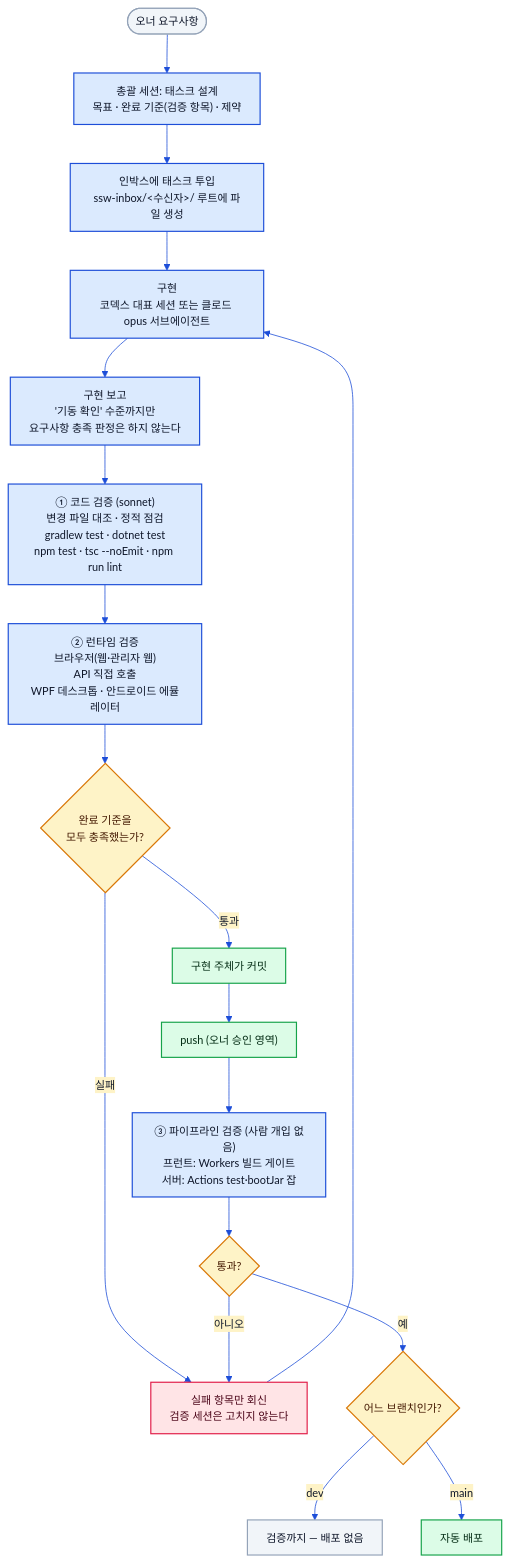
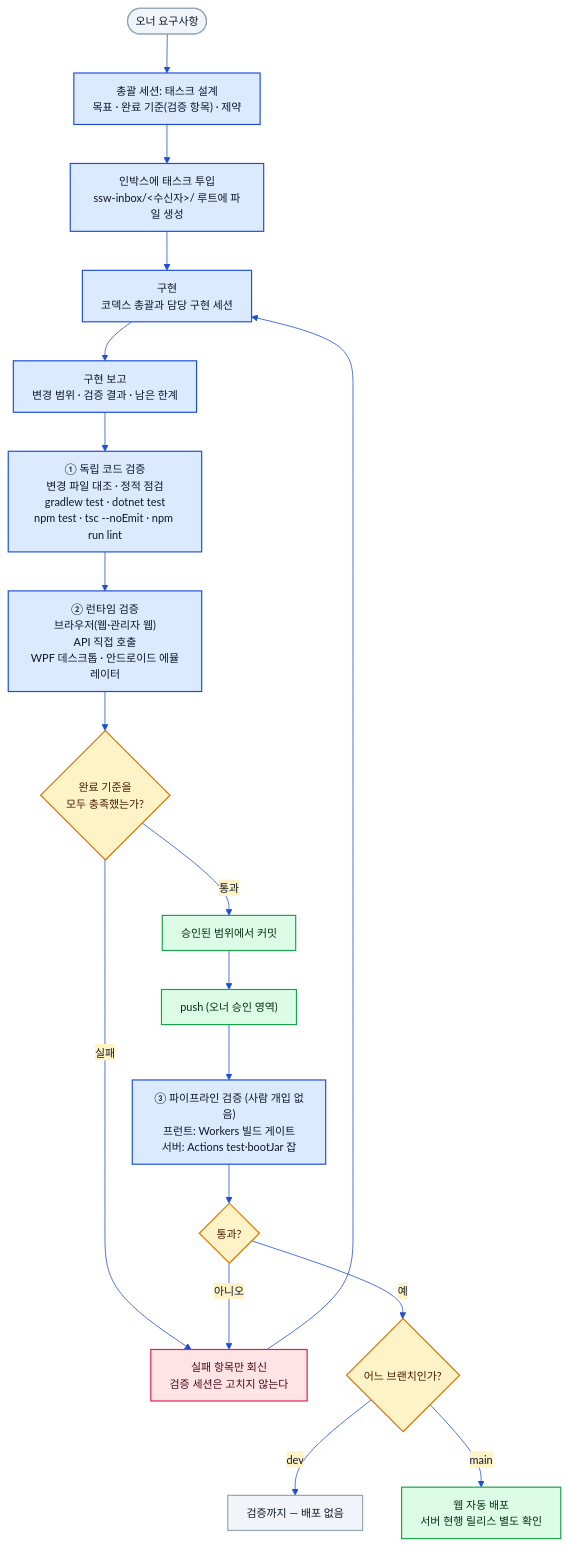
The fifth of 5 diagrams in README.md (s-work-agency/ssw-e-commerce-demo-public), drawn with Mermaid before and after one commit. The commit also changed other lines of this file and 18 other files, not shown here.

````diff
--- a/README.md
+++ b/README.md
@@ -269,37 +277,37 @@
 ```mermaid
 %%{init: {"theme":"base","fontFamily":"Pretendard, Malgun Gothic, sans-serif","themeVariables":{"fontSize":"14px","primaryColor":"#DBEAFE","primaryBorderColor":"#1D4ED8","primaryTextColor":"#0F172A","lineColor":"#1D4ED8","secondaryColor":"#FEF3C7","tertiaryColor":"#DCFCE7","clusterBkg":"#F8FAFC","clusterBorder":"#CBD5E1","noteBkgColor":"#FEF3C7","noteBorderColor":"#D97706","actorBkg":"#DBEAFE","actorBorder":"#1D4ED8","actorTextColor":"#0F172A","signalColor":"#1D4ED8","signalTextColor":"#0F172A","labelBoxBkgColor":"#DBEAFE","labelBoxBorderColor":"#1D4ED8","altSectionBkgColor":"#F8FAFC"},"flowchart":{"curve":"basis","htmlLabels":true,"padding":12}}}%%
 %% 공통 브랜드 테마 — architecture/*.md 전 다이어그램에 동일한 init 블록이 들어간다. 색을 바꿀 때는 이 폴더 전 파일을 일괄 치환할 것.
 flowchart TD
     req(["오너 요구사항"]) --> design["총괄 세션: 태스크 설계<br/>목표 · 완료 기준(검증 항목) · 제약"]
     design --> dispatch["인박스에 태스크 투입<br/>ssw-inbox/&lt;수신자&gt;/ 루트에 파일 생성"]
 
-    dispatch --> impl["구현<br/>코덱스 대표 세션 또는 클로드 opus 서브에이전트"]
-    impl --> report["구현 보고<br/>'기동 확인' 수준까지만<br/>요구사항 충족 판정은 하지 않는다"]
+    dispatch --> impl["구현<br/>코덱스 총괄과 담당 구현 세션"]
+    impl --> report["구현 보고<br/>변경 범위 · 검증 결과 · 남은 한계"]
 
-    report --> vcode["① 코드 검증 (sonnet)<br/>변경 파일 대조 · 정적 점검<br/>gradlew test · dotnet test<br/>npm test · tsc --noEmit · npm run lint"]
+    report --> vcode["① 독립 코드 검증<br/>변경 파일 대조 · 정적 점검<br/>gradlew test · dotnet test<br/>npm test · tsc --noEmit · npm run lint"]
     vcode --> vrun["② 런타임 검증<br/>브라우저(웹·관리자 웹)<br/>API 직접 호출<br/>WPF 데스크톱 · 안드로이드 에뮬레이터"]
 
     vrun --> verdict{"완료 기준을<br/>모두 충족했는가?"}
     verdict -->|"실패"| fail["실패 항목만 회신<br/>검증 세션은 고치지 않는다"]
     fail --> impl
-    verdict -->|"통과"| commit["구현 주체가 커밋"]
+    verdict -->|"통과"| commit["승인된 범위에서 커밋"]
     commit --> push["push (오너 승인 영역)"]
 
     push --> ci["③ 파이프라인 검증 (사람 개입 없음)<br/>프런트: Workers 빌드 게이트<br/>서버: Actions test·bootJar 잡"]
     ci --> pass{"통과?"}
     pass -->|"아니오"| fail
     pass -->|"예"| brc{"어느 브랜치인가?"}
     brc -->|"dev"| only["검증까지 — 배포 없음"]
-    brc -->|"main"| deploy["자동 배포"]
+    brc -->|"main"| deploy["웹 자동 배포<br/>서버 현행 릴리스 별도 확인"]
 
     classDef step fill:#DBEAFE,stroke:#1D4ED8,stroke-width:1.5px,color:#0F172A
     classDef gate fill:#FEF3C7,stroke:#D97706,stroke-width:1.5px,color:#451A03
     classDef failc fill:#FFE4E6,stroke:#E11D48,stroke-width:1.5px,color:#4C0519
     classDef ok fill:#DCFCE7,stroke:#16A34A,stroke-width:1.5px,color:#052E16
     classDef ext fill:#F1F5F9,stroke:#94A3B8,stroke-width:1.5px,color:#0F172A
     class design,dispatch,impl,report,vcode,vrun,ci step
     class verdict,pass,brc gate
     class fail failc
     class commit,push,deploy ok
     class req,only ext
 ```
````
